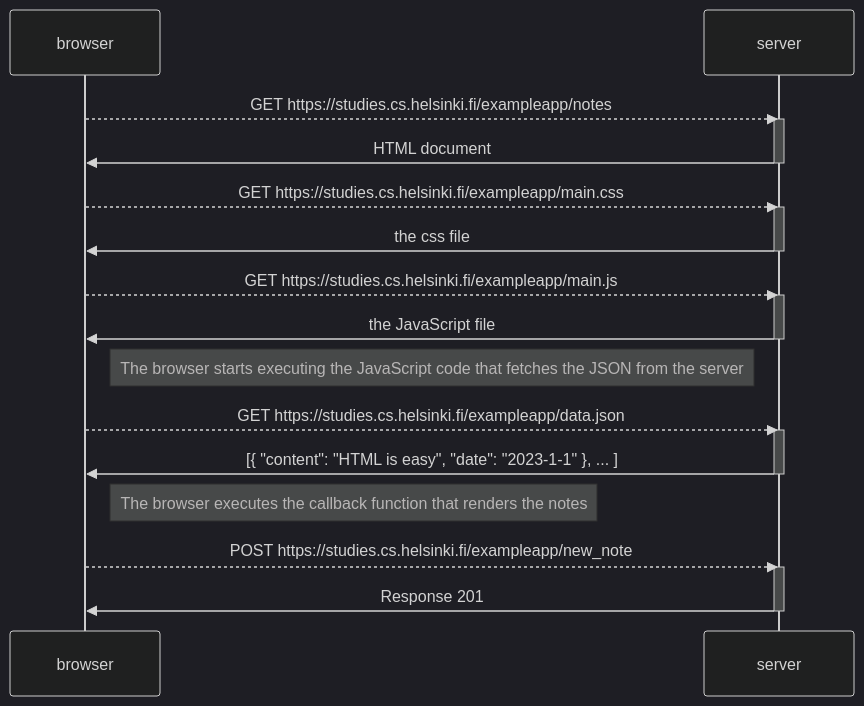
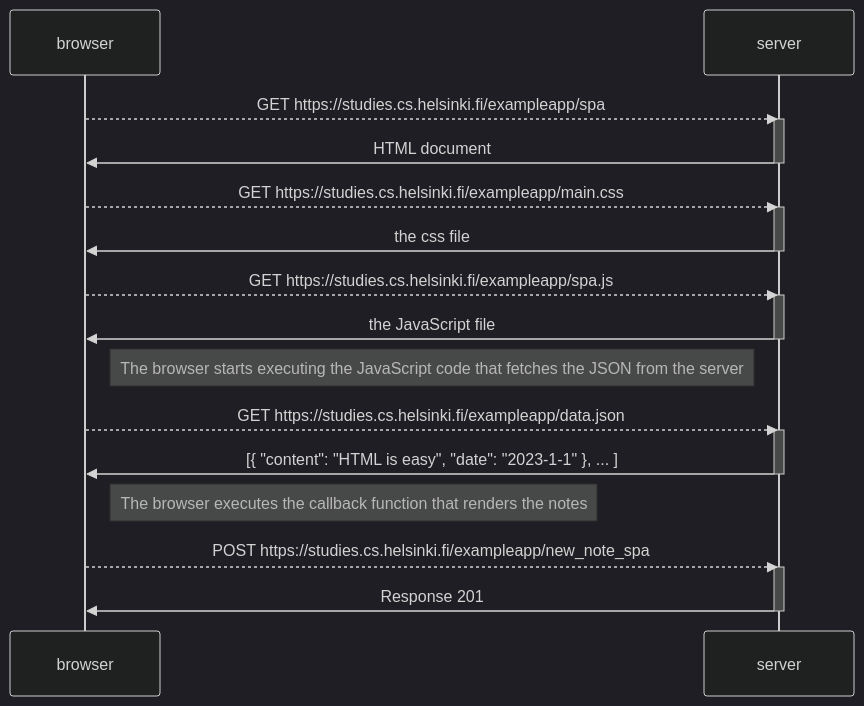
One commit to DavidNaids/EjerciciosFullstackopen changed the diagram in part0/Ejercicio06.md. Above: the diagram before and after it, drawn with Mermaid (dark theme).

````diff
--- a/part0/Ejercicio06.md
+++ b/part0/Ejercicio06.md
@@ -3,35 +3,35 @@
 ```mermaid
 sequenceDiagram
     participant browser
     participant server
 
-    browser-->>server: GET https://studies.cs.helsinki.fi/exampleapp/notes
+    browser-->>server: GET https://studies.cs.helsinki.fi/exampleapp/spa
     activate server
     server->>browser: HTML document
     deactivate server
 
     browser-->>server: GET https://studies.cs.helsinki.fi/exampleapp/main.css
     activate server
     server->>browser: the css file
     deactivate server
 
-    browser-->>server: GET https://studies.cs.helsinki.fi/exampleapp/main.js
+    browser-->>server: GET https://studies.cs.helsinki.fi/exampleapp/spa.js
     activate server
     server->>browser: the JavaScript file
     deactivate server
 
     Note right of browser: The browser starts executing the JavaScript code that fetches the JSON from the server
 
     browser-->>server: GET https://studies.cs.helsinki.fi/exampleapp/data.json
     activate server
     server->>browser: [{ "content": "HTML is easy", "date": "2023-1-1" }, ... ]
     deactivate server
 
     Note right of browser: The browser executes the callback function that renders the notes
 
-    browser-->>server: POST https://studies.cs.helsinki.fi/exampleapp/new_note
+    browser-->>server: POST https://studies.cs.helsinki.fi/exampleapp/new_note_spa
     activate server
     server->>browser: Response 201 
     deactivate server
 
 ```
````
